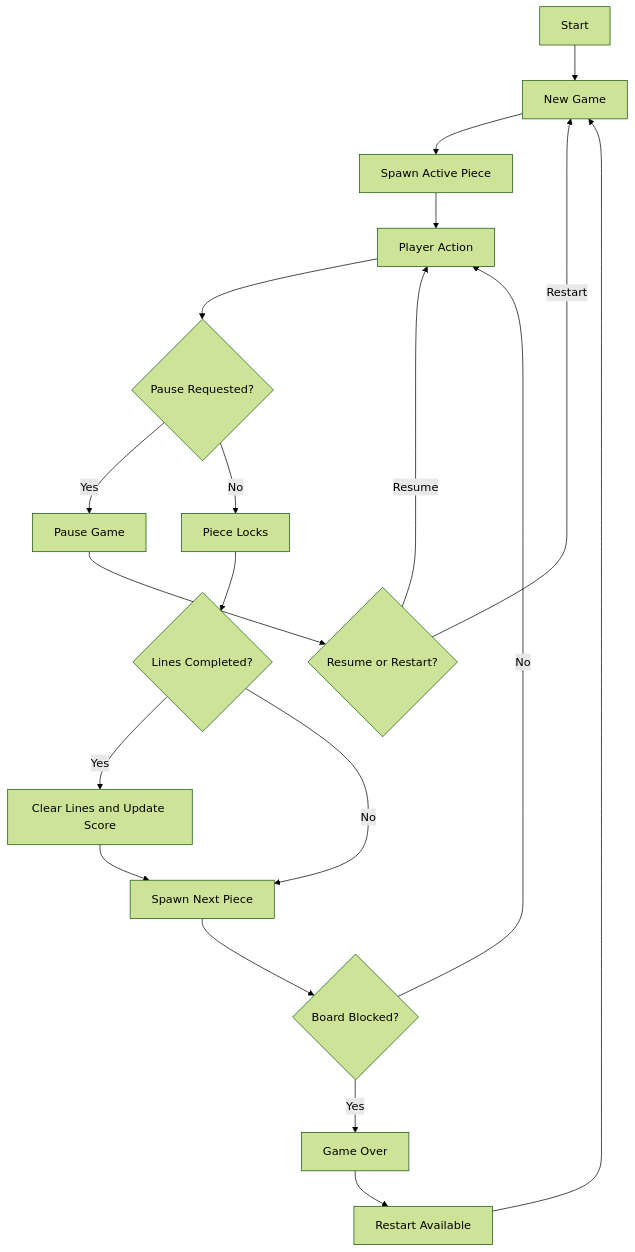
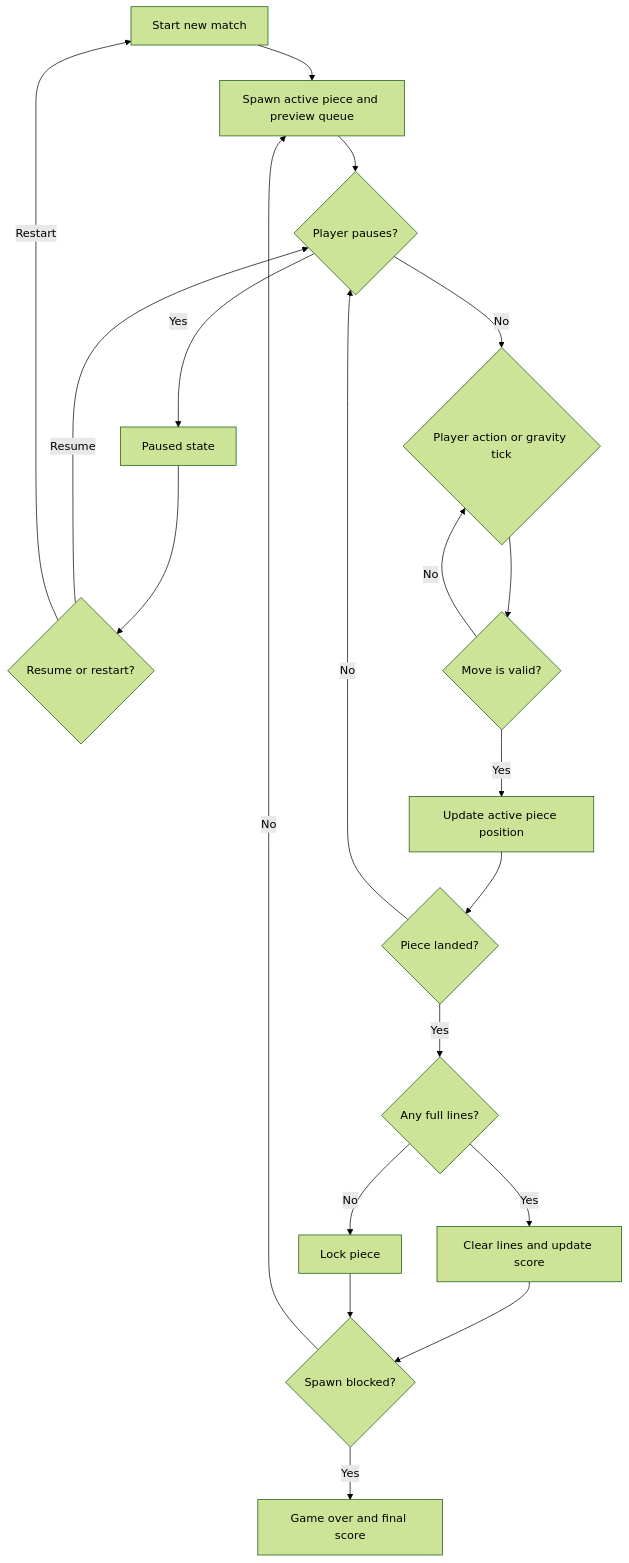
One commit to aborczuk/app-foundation changed the diagram in specs/028-tetris/spec.md. Above: the diagram before and after it, drawn with Mermaid (forest theme). The commit also changed other lines of this file and 3 other files, not shown here.

````diff
--- a/specs/028-tetris/spec.md
+++ b/specs/028-tetris/spec.md
@@ -88,21 +74,22 @@
 ```mermaid
 flowchart TD
-    A[Start] --> B[New Game]
-    B --> C[Spawn Active Piece]
-    C --> D[Player Action]
-    D --> E{Pause Requested?}
-    E -- Yes --> F[Pause Game]
-    F --> G{Resume or Restart?}
-    G -- Resume --> D
-    G -- Restart --> B
-    E -- No --> H[Piece Locks]
-    H --> I{Lines Completed?}
-    I -- Yes --> J[Clear Lines and Update Score]
-    I -- No --> K[Spawn Next Piece]
+    A[Start new match] --> B[Spawn active piece and preview queue]
+    B --> C{Player pauses?}
+    C -- Yes --> P[Paused state]
+    P --> R{Resume or restart?}
+    R -- Resume --> C
+    R -- Restart --> A
+    C -- No --> D{Player action or gravity tick}
+    D --> E{Move is valid?}
+    E -- No --> D
+    E -- Yes --> F[Update active piece position]
+    F --> G{Piece landed?}
+    G -- No --> C
+    G -- Yes --> H{Any full lines?}
+    H -- Yes --> I[Clear lines and update score]
+    H -- No --> J[Lock piece]
+    I --> K{Spawn blocked?}
     J --> K
-    K --> L{Board Blocked?}
-    L -- Yes --> M[Game Over]
-    L -- No --> D
-    M --> N[Restart Available]
-    N --> B
+    K -- Yes --> L[Game over and final score]
+    K -- No --> B
 ```
````
